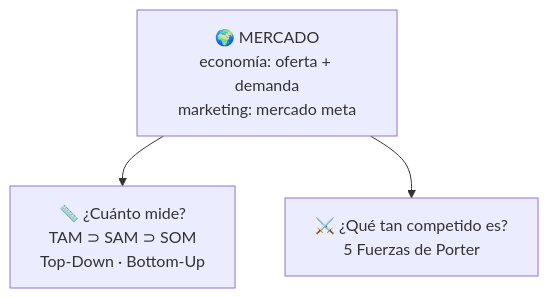
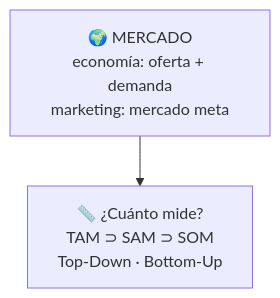
One commit to Valenpl/tecnologia-e-innovacion-uade changed the first of 2 diagrams in resto-de-la-materia/23-analisis-de-mercado-tam-sam-som.md. Above: the diagram before and after it, drawn with Mermaid. The commit also changed other lines of this file and 5 other files, not shown here.

````diff
--- a/resto-de-la-materia/23-analisis-de-mercado-tam-sam-som.md
+++ b/resto-de-la-materia/23-analisis-de-mercado-tam-sam-som.md
@@ -41,6 +39,5 @@
 ```mermaid
 flowchart TB
     M["🌍 MERCADO<br/>economía: oferta + demanda<br/>marketing: mercado meta"]
     M --> T["📏 ¿Cuánto mide?<br/>TAM ⊃ SAM ⊃ SOM<br/>Top-Down · Bottom-Up"]
-    M --> C["⚔️ ¿Qué tan competido es?<br/>5 Fuerzas de Porter"]
 ```
````
